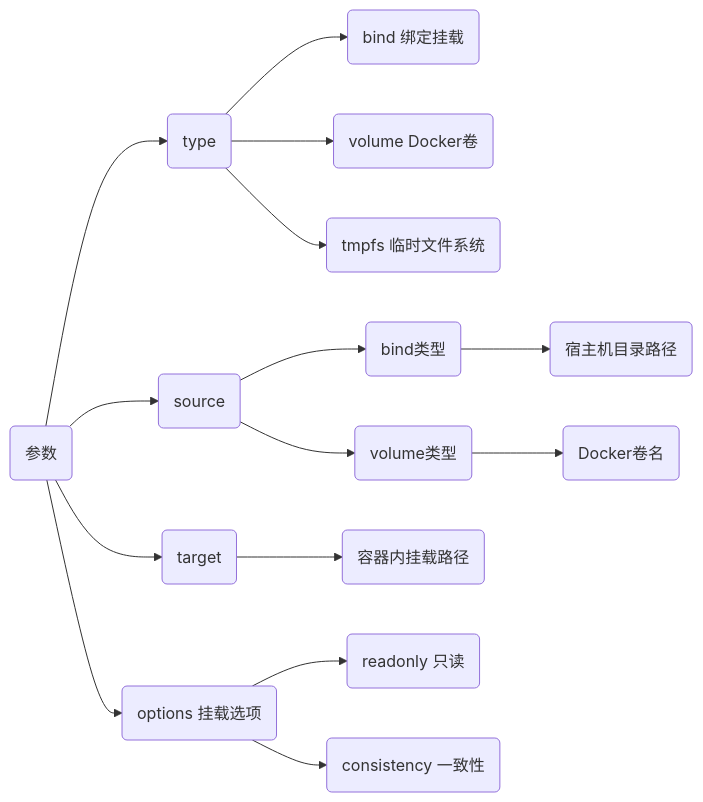
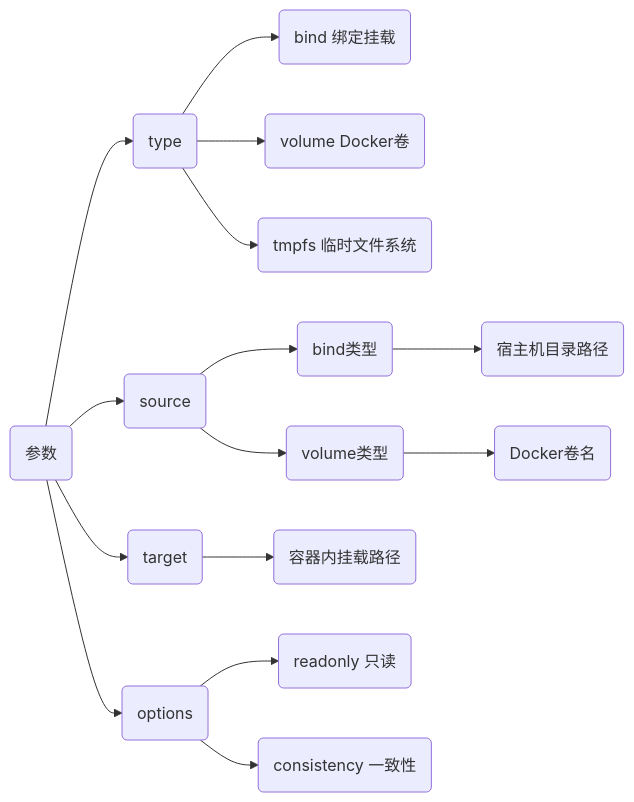
Before and after one commit to dmjcb/dmjcb.github.io: the first of 2 diagrams in _posts/docker/2024-09-04-docker容器命令.md, drawn with Mermaid. The commit also changed other lines of this file and 16 other files, not shown here.

````diff
--- a/_posts/docker/2024-09-04-docker容器命令.md
+++ b/_posts/docker/2024-09-04-docker容器命令.md
@@ -134,19 +134,19 @@
 ```mermaid
 graph LR;
     P(参数)
 
     P-->Type(type)
         Type-->Type1(bind 绑定挂载)
         Type-->Type2(volume Docker卷)
         Type--> Type3(tmpfs 临时文件系统)
 
     P-->Source(source)
         Source-->Source1(bind类型)-->Source11(宿主机目录路径)
         Source-->Source2(volume类型)-->Source21(Docker卷名)
 
     P-->Target(target)-->Target1(容器内挂载路径)
     
-    P-->Options(options 挂载选项)
+    P-->Options(options)
         Options-->Options1(readonly 只读)
         Options-->Options2(consistency 一致性)
 ```
````
